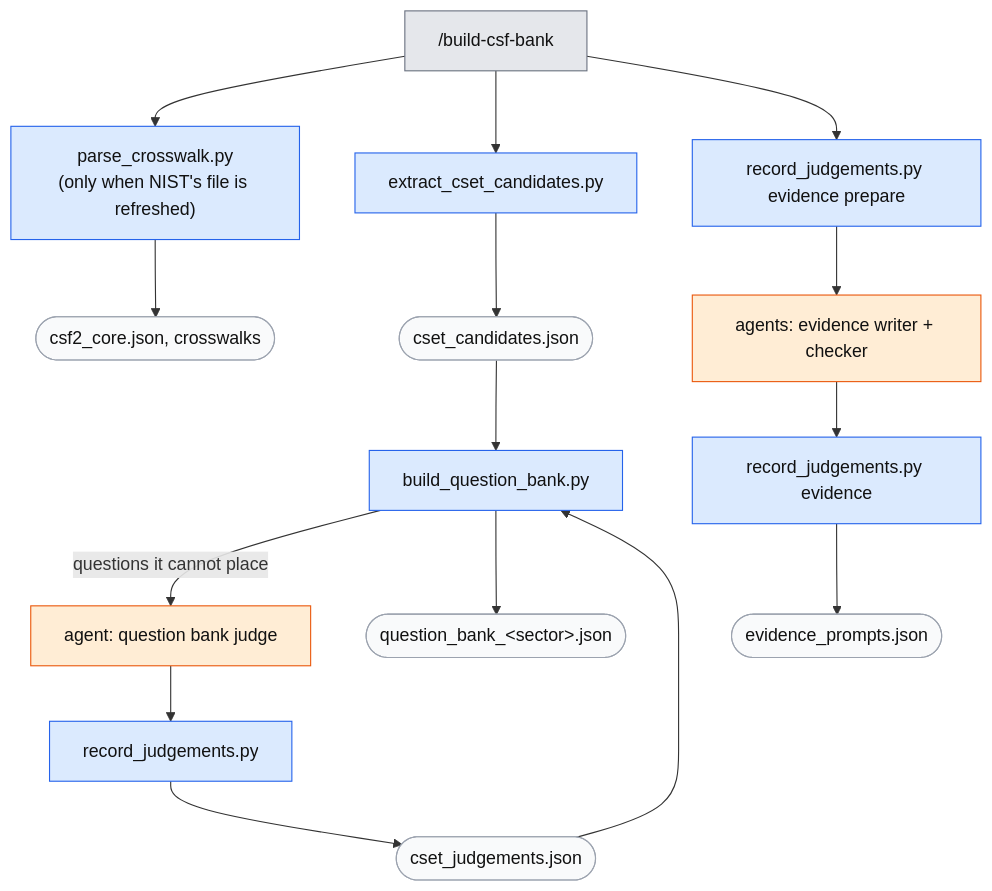
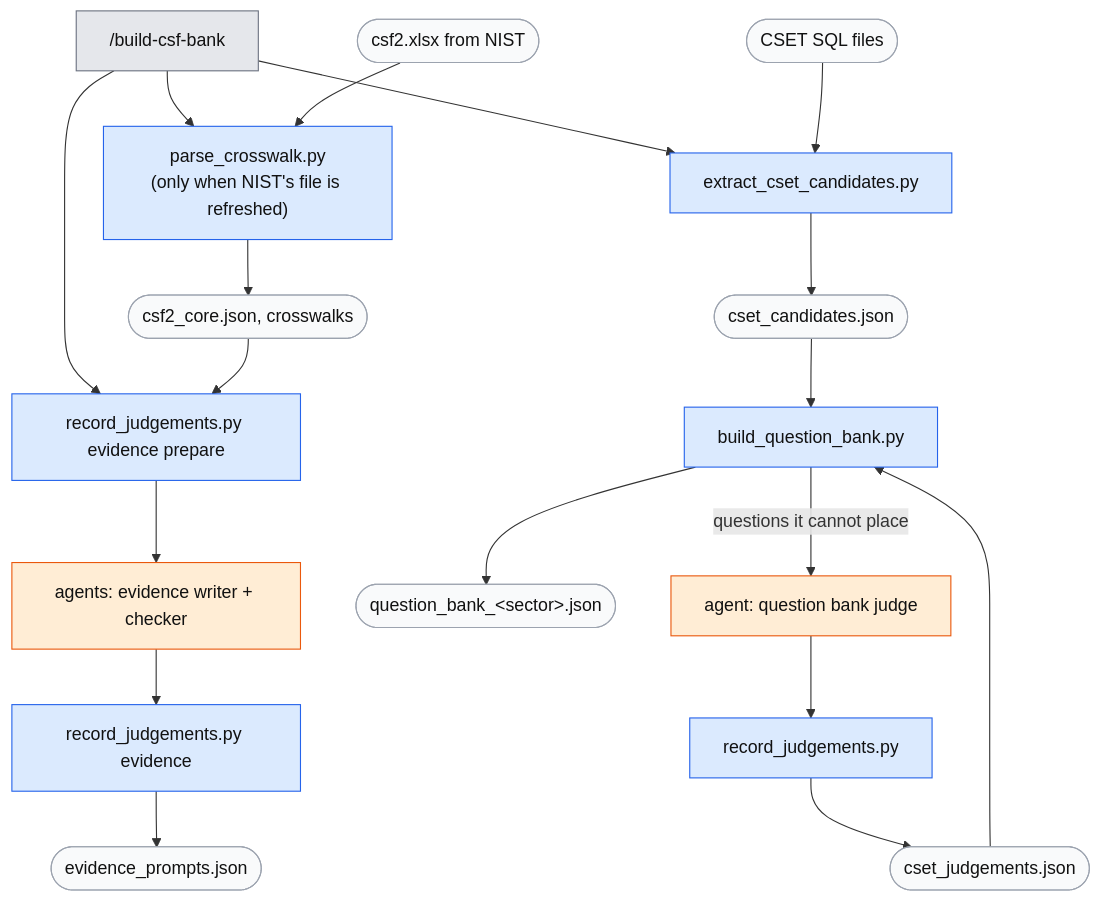
One commit to srilekha82/csf-ai-self-assessment changed the second of 3 diagrams in docs/guide.md. Above: the diagram before and after it, drawn with Mermaid. The commit also changed other lines of this file, not shown here.

First line of the commit message:
Guide diagrams: arrows match each script's Called by / Input / Output

````diff
--- a/docs/guide.md
+++ b/docs/guide.md
@@ -136,13 +143,18 @@
 ```mermaid
 flowchart TD
-    B["/build-csf-bank"]:::cmd --> PC["parse_crosswalk.py<br/>(only when NIST's file is refreshed)"]:::script --> CORE([csf2_core.json, crosswalks]):::file
-    B --> EX[extract_cset_candidates.py]:::script --> CAND([cset_candidates.json]):::file --> BQB[build_question_bank.py]:::script
+    B["/build-csf-bank"]:::cmd --> PC["parse_crosswalk.py<br/>(only when NIST's file is refreshed)"]:::script
+    NIST([csf2.xlsx from NIST]):::file --> PC --> CORE([csf2_core.json, crosswalks]):::file
+    B --> EX[extract_cset_candidates.py]:::script
+    SQL([CSET SQL files]):::file --> EX --> CAND([cset_candidates.json]):::file --> BQB[build_question_bank.py]:::script
     BQB -- "questions it cannot place" --> JA["agent: question bank judge"]:::agent --> RJ[record_judgements.py]:::script --> JS([cset_judgements.json]):::file --> BQB
     BQB --> BANK([question_bank_&lt;sector&gt;.json]):::file
-    B --> EP["record_judgements.py evidence prepare"]:::script --> EW["agents: evidence writer + checker"]:::agent --> RE["record_judgements.py evidence"]:::script --> EVP([evidence_prompts.json]):::file
+    B --> EP["record_judgements.py evidence prepare"]:::script
+    CORE --> EP --> EW["agents: evidence writer + checker"]:::agent --> RE["record_judgements.py evidence"]:::script --> EVP([evidence_prompts.json]):::file
 
     classDef cmd fill:#e5e7eb,stroke:#6b7280,color:#111
     classDef script fill:#dbeafe,stroke:#2563eb,color:#111
     classDef agent fill:#ffedd5,stroke:#ea580c,color:#111
+    classDef you fill:#dcfce7,stroke:#16a34a,color:#111
     classDef file fill:#f9fafb,stroke:#9ca3af,color:#111
+    classDef stop fill:#fee2e2,stroke:#dc2626,color:#111
 ```
````
